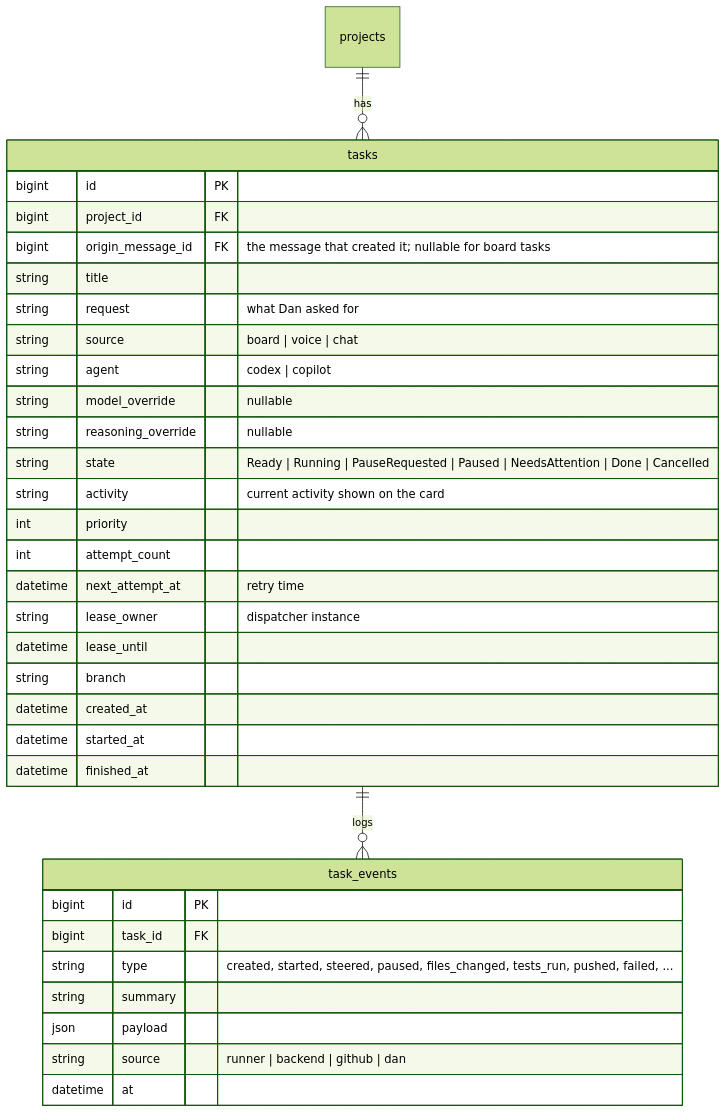
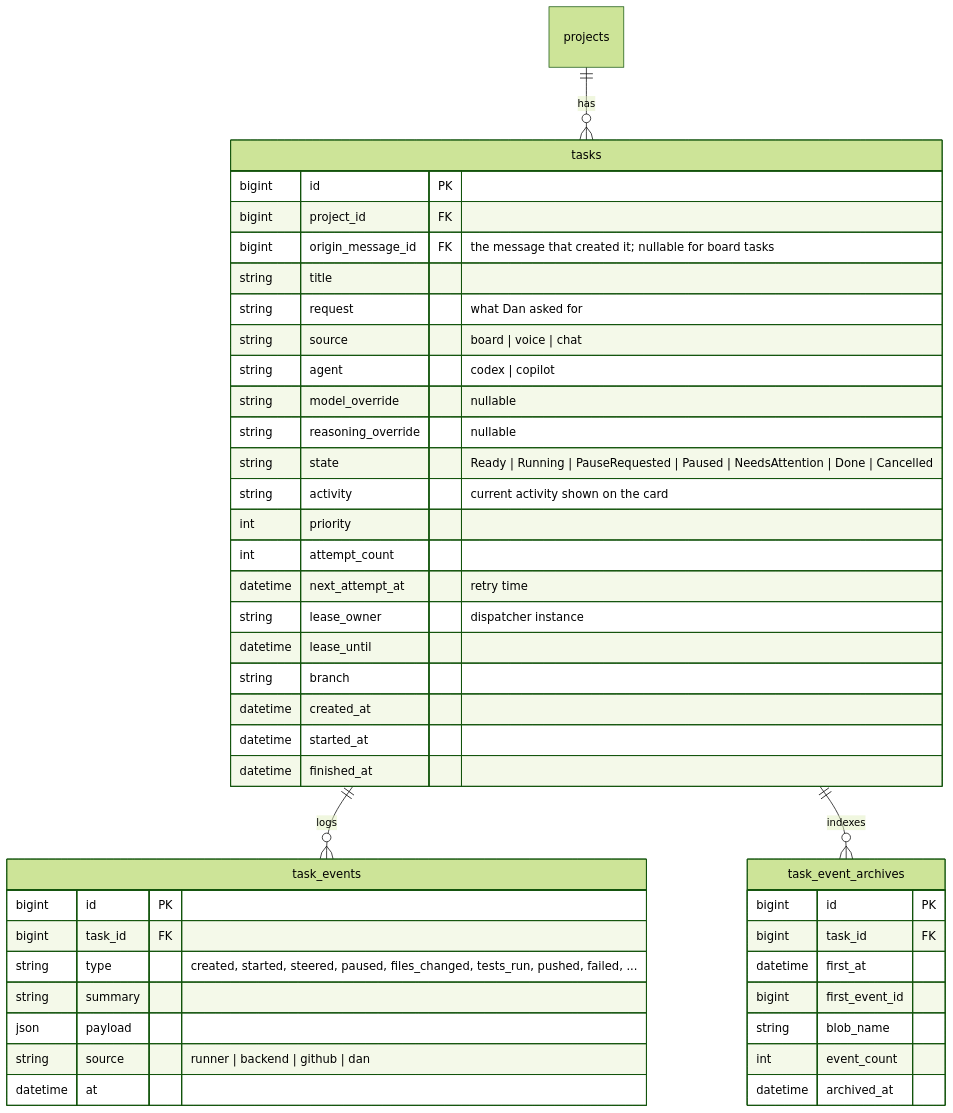
Before and after one commit to DanAakesen/jarvis: the fourth of 8 diagrams in docs/data-model.md, drawn with Mermaid (forest theme). The commit also changed other lines of this file and 22 other files, not shown here.

````diff
--- a/docs/data-model.md
+++ b/docs/data-model.md
@@ -193,36 +196,46 @@
 ```mermaid
 erDiagram
     projects ||--o{ tasks : has
     tasks ||--o{ task_events : logs
+    tasks ||--o{ task_event_archives : indexes
     tasks {
         bigint id PK
         bigint project_id FK
         bigint origin_message_id FK "the message that created it; nullable for board tasks"
         string title
         string request "what Dan asked for"
         string source "board | voice | chat"
         string agent "codex | copilot"
         string model_override "nullable"
         string reasoning_override "nullable"
         string state "Ready | Running | PauseRequested | Paused | NeedsAttention | Done | Cancelled"
         string activity "current activity shown on the card"
         int priority
         int attempt_count
         datetime next_attempt_at "retry time"
         string lease_owner "dispatcher instance"
         datetime lease_until
         string branch
         datetime created_at
         datetime started_at
         datetime finished_at
     }
     task_events {
         bigint id PK
         bigint task_id FK
         string type "created, started, steered, paused, files_changed, tests_run, pushed, failed, ..."
         string summary
         json payload
         string source "runner | backend | github | dan"
         datetime at
     }
+    task_event_archives {
+        bigint id PK
+        bigint task_id FK
+        datetime first_at
+        bigint first_event_id
+        string blob_name
+        int event_count
+        datetime archived_at
+    }
 ```
````
